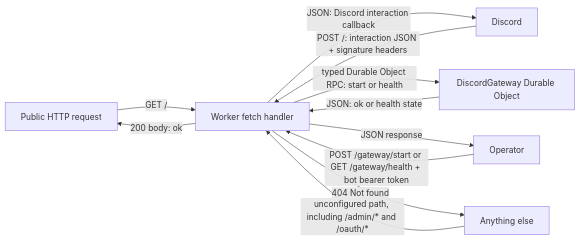
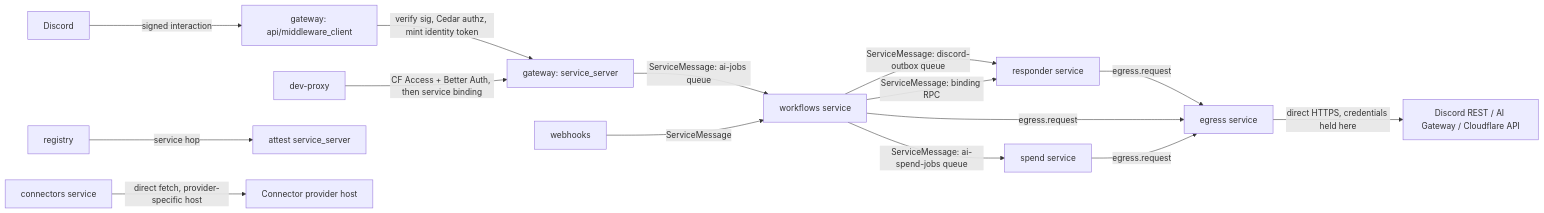
Before and after one commit to jackm43/rag: the diagram in DESIGN.md, drawn with Mermaid. The commit also changed other lines of this file and 219 other files, not shown here.

````diff
--- a/DESIGN.md
+++ b/DESIGN.md
@@ -45,16 +153,17 @@
 ```mermaid
 flowchart LR
-  Public[Public HTTP request] -->|GET /| Worker[Worker fetch handler]
-  Worker -->|200 body: ok| Public
-
-  Discord[Discord] -->|POST /: interaction JSON + signature headers| Worker
-  Worker -->|JSON: Discord interaction callback| Discord
-
-  Operator[Operator] -->|POST /gateway/start or GET /gateway/health + bot bearer token| Worker
-  Worker -->|typed Durable Object RPC: start or health| DO[DiscordGateway Durable Object]
-  DO -->|JSON: ok or health state| Worker
-  Worker -->|JSON response| Operator
-
-  Other[Anything else] -->|unconfigured path, including /admin/* and /oauth/*| Worker
-  Worker -->|404 Not found| Other
+  Discord[Discord] -->|signed interaction| Gateway[gateway: api/middleware_client]
+  Gateway -->|verify sig, Cedar authz, mint identity token| GatewaySS[gateway: service_server]
+  GatewaySS -->|ServiceMessage: ai-jobs queue| Workflows[workflows service]
+  Workflows -->|ServiceMessage: discord-outbox queue| Responder[responder service]
+  Workflows -->|ServiceMessage: binding RPC| Responder
+  Workflows -->|ServiceMessage: ai-spend-jobs queue| Spend[spend service]
+  Responder -->|egress.request| Egress[egress service]
+  Workflows -->|egress.request| Egress
+  Spend -->|egress.request| Egress
+  Egress -->|direct HTTPS, credentials held here| External[Discord REST / AI Gateway / Cloudflare API]
+  DevProxy[dev-proxy] -->|CF Access + Better Auth, then service binding| GatewaySS
+  Registry[registry] -->|service hop| Attest[attest service_server]
+  Webhooks[webhooks] -->|ServiceMessage| Workflows
+  Connectors[connectors service] -->|direct fetch, provider-specific host| ProviderHost[Connector provider host]
 ```
````
